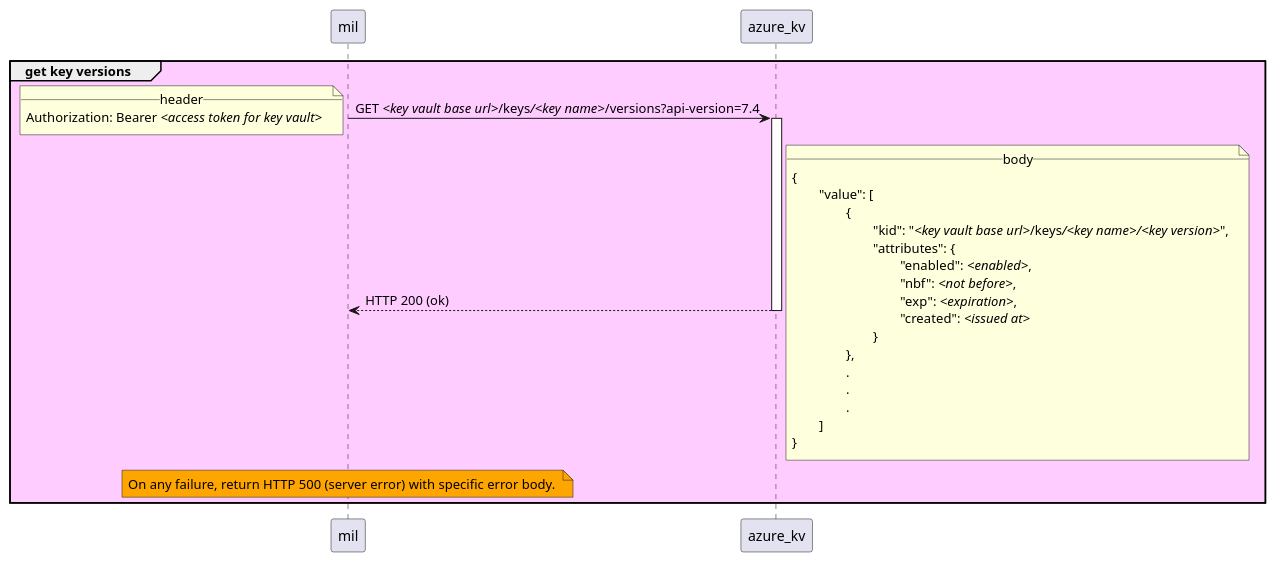
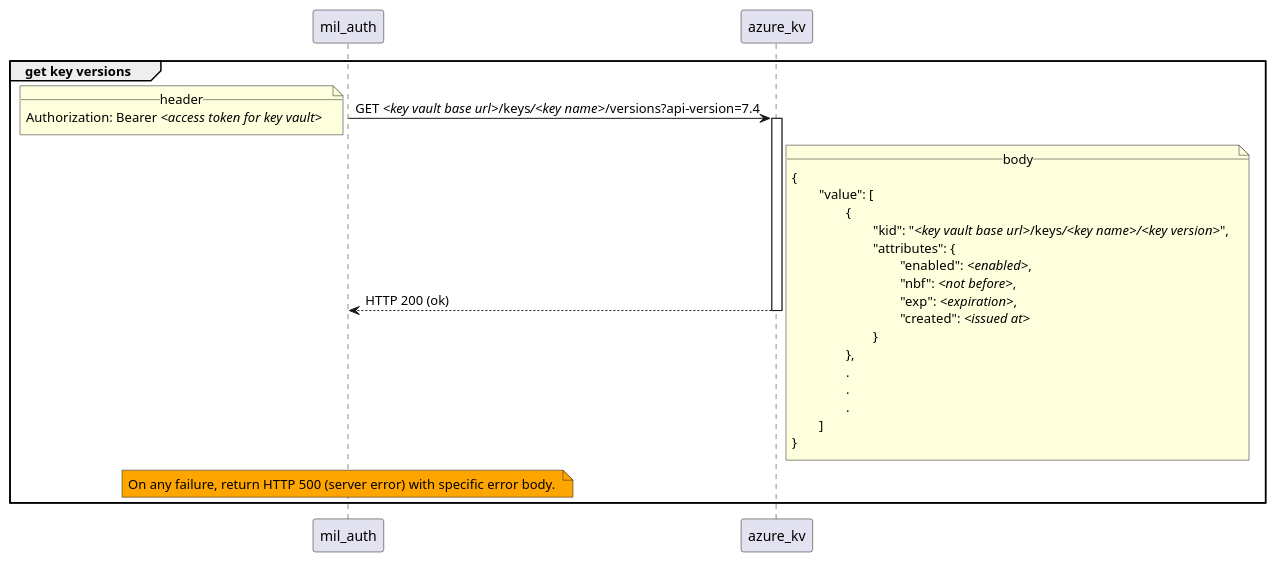
Before and after one commit to pagopa/mil-diags: the diagram in sequence_diags/pagoPA/pos_management/get_key_versions.puml, drawn with PlantUML. The commit also changed 37 other files, not shown here.

```diff
--- a/sequence_diags/pagoPA/pos_management/get_key_versions.puml
+++ b/sequence_diags/pagoPA/pos_management/get_key_versions.puml
@@ -1,32 +1,32 @@
-group #FFCCFF get key versions
-	mil -> azure_kv ++ : GET //<key vault base url>///keys///<key name>///versions?api-version=7.4
+group get key versions
+	mil_auth -> azure_kv ++ : GET //<key vault base url>///keys///<key name>///versions?api-version=7.4
 		note left
 			__header__
 			Authorization: Bearer //<access token for key vault>//
 		end note
 	
-	azure_kv --> mil -- : HTTP 200 (ok)
+	azure_kv --> mil_auth -- : HTTP 200 (ok)
 		note right
 			__body__
 			{
 				"value": [
 					{
 						"kid": "//<key vault base url>///keys///<key name>/////<key version>//",
 						"attributes": {
 							"enabled": //<enabled>//,
 							"nbf": //<not before>//,
 							"exp": //<expiration>//,
 							"created": //<issued at>//
 						}
 					},
 					.
 					.
 					.
 				]
 			}
 		end note
 
-    note over mil #Orange
+    note over mil_auth #Orange
 		On any failure, return HTTP 500 (server error) with specific error body. 
 	end note
 end
```
